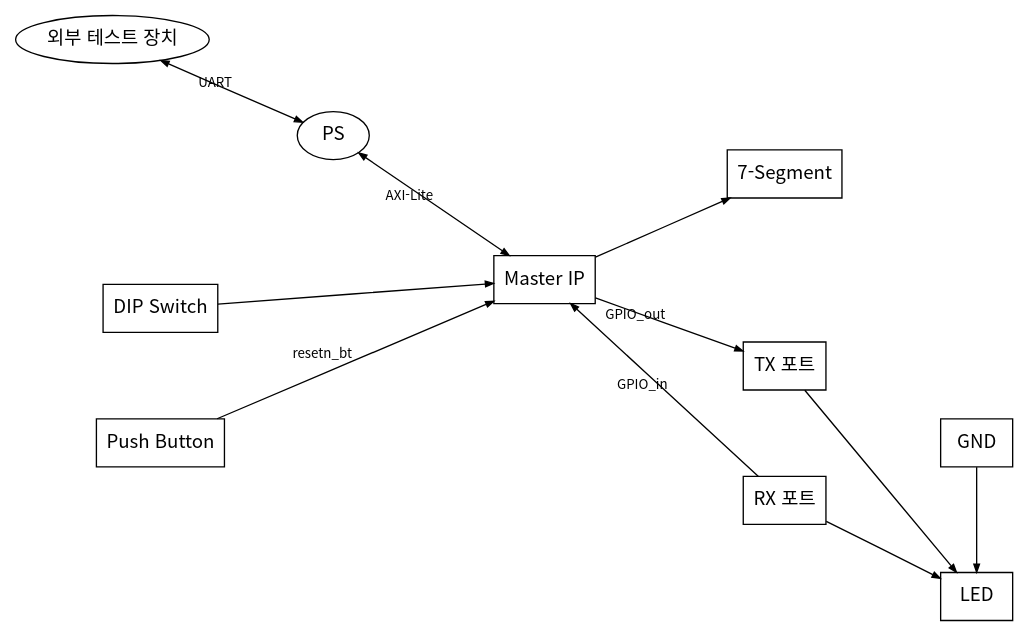
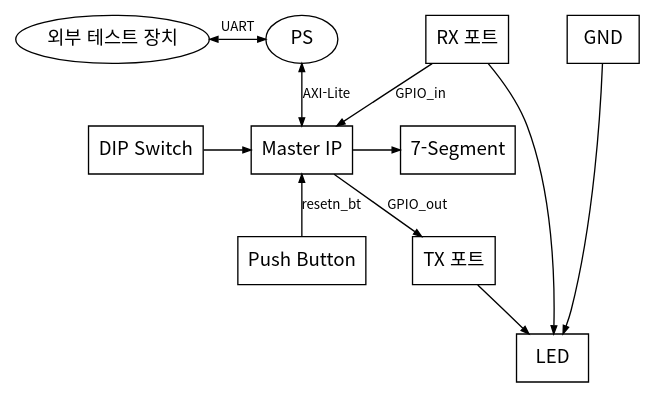
One commit to Woodong02/SoC_Design_and_Programming changed the diagram in diagrams/level2_board.dot. Above: the diagram before and after it, drawn with Graphviz. The commit also changed 5 other files, not shown here.

Commit message:
3계층 다이어그램을 rank=same 그리드 방식으로 재작성 (공간 낭비 해소)

```diff
--- a/diagrams/level2_board.dot
+++ b/diagrams/level2_board.dot
@@ -1,28 +1,34 @@
 digraph G {
-    layout=neato;
+    rankdir=TB;
     fontname="Noto Sans CJK KR";
     node [shape=box, fontname="Noto Sans CJK KR", fontsize=14, color=black];
     edge [fontname="Noto Sans CJK KR", fontsize=10, color=black, arrowsize=0.6];
 
-    EXT [label="외부 테스트 장치", shape=ellipse, pos="0,6!"];
-    PS  [label="PS", shape=ellipse, pos="2.3,5!"];
-    DIP [label="DIP Switch", pos="0.5,3.2!"];
-    PB  [label="Push Button", pos="0.5,1.8!"];
-    MASTER [label="Master IP", pos="4.5,3.5!"];
-    SEG [label="7-Segment", pos="7,4.6!"];
-    TXP [label="TX 포트", pos="7,2.6!"];
-    RXP [label="RX 포트", pos="7,1.2!"];
-    GND [label="GND", pos="9,1.8!"];
-    LED [label="LED", pos="9,0.2!"];
+    EXT [label="외부 테스트 장치", shape=ellipse];
+    PS  [label="PS", shape=ellipse];
+    DIP [label="DIP Switch"];
+    PB  [label="Push Button"];
+    MASTER [label="Master IP"];
+    SEG [label="7-Segment"];
+    TXP [label="TX 포트"];
+    RXP [label="RX 포트"];
+    GND [label="GND"];
+    LED [label="LED"];
+
+    { rank=same; EXT; PS; }
+    { rank=same; DIP; MASTER; SEG; }
+    { rank=same; PB; TXP; }
+    { rank=same; RXP; GND; }
+    { rank=same; LED; }
 
     EXT -> PS  [label="UART", dir=both];
     PS  -> MASTER [label="AXI-Lite", dir=both];
     DIP -> MASTER;
     PB  -> MASTER [label="resetn_bt"];
     MASTER -> SEG;
     MASTER -> TXP [label="GPIO_out"];
     RXP -> MASTER [label="GPIO_in"];
     GND -> LED;
     TXP -> LED;
     RXP -> LED;
 }
```
